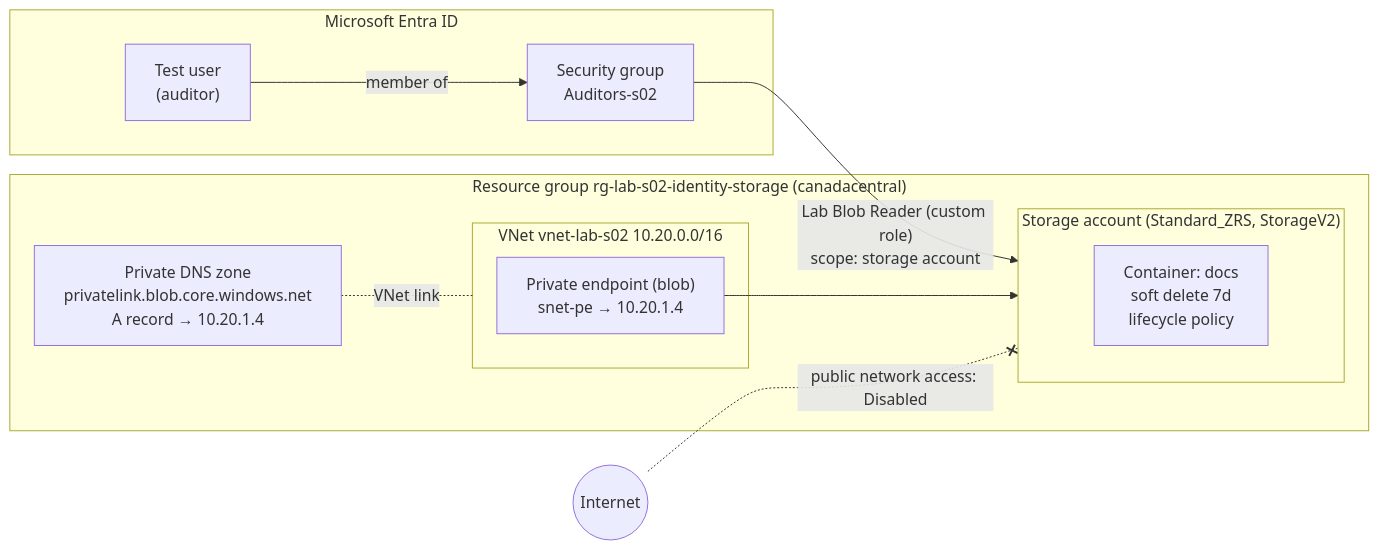
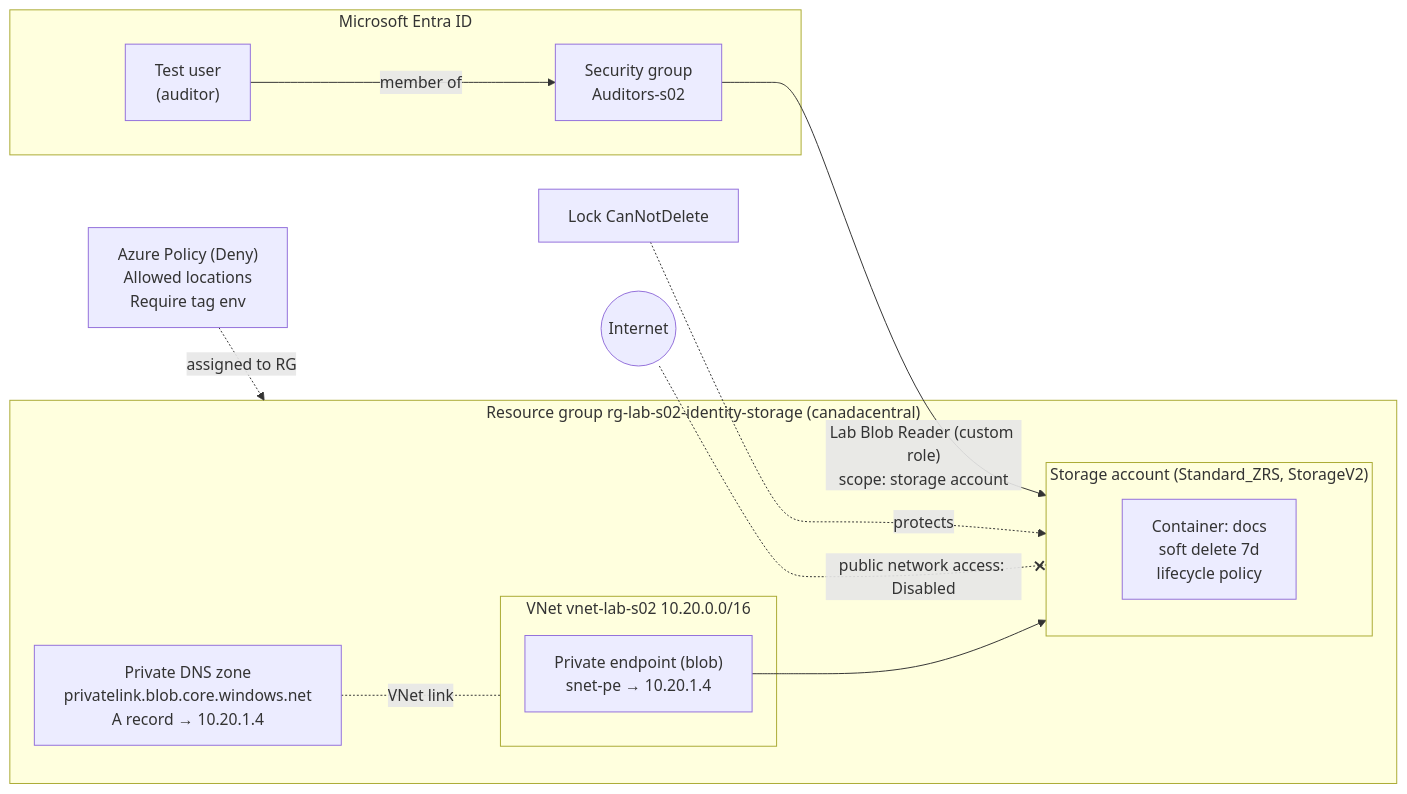
Before and after one commit to yvantankeu-bit/azure-labs: the diagram in phase1-az104/s02-identity-storage/README.md, drawn with Mermaid. The commit also changed other lines of this file and 1 other file, not shown here.

Commit message:
S02: document Azure Policy, resource lock and governance tests

````diff
--- a/phase1-az104/s02-identity-storage/README.md
+++ b/phase1-az104/s02-identity-storage/README.md
@@ -30,21 +32,23 @@
 ```mermaid
 flowchart LR
     subgraph Entra["Microsoft Entra ID"]
         U2["Test user<br/>(auditor)"] -->|member of| G["Security group<br/>Auditors-s02"]
     end
 
     subgraph RG["Resource group rg-lab-s02-identity-storage (canadacentral)"]
         subgraph SA["Storage account (Standard_ZRS, StorageV2)"]
             C["Container: docs<br/>soft delete 7d<br/>lifecycle policy"]
         end
         subgraph VNET["VNet vnet-lab-s02 10.20.0.0/16"]
             PE["Private endpoint (blob)<br/>snet-pe → 10.20.1.4"]
         end
         DNS["Private DNS zone<br/>privatelink.blob.core.windows.net<br/>A record → 10.20.1.4"]
     end
 
+    POL["Azure Policy (Deny)<br/>Allowed locations<br/>Require tag env"] -. "assigned to RG" .-> RG
+    LOCK["Lock CanNotDelete"] -. protects .-> SA
     G -->|"Lab Blob Reader (custom role)<br/>scope: storage account"| SA
     PE --> SA
     DNS -. VNet link .- VNET
     Internet((Internet)) -. "public network access: Disabled" .-x SA
 ```
````
